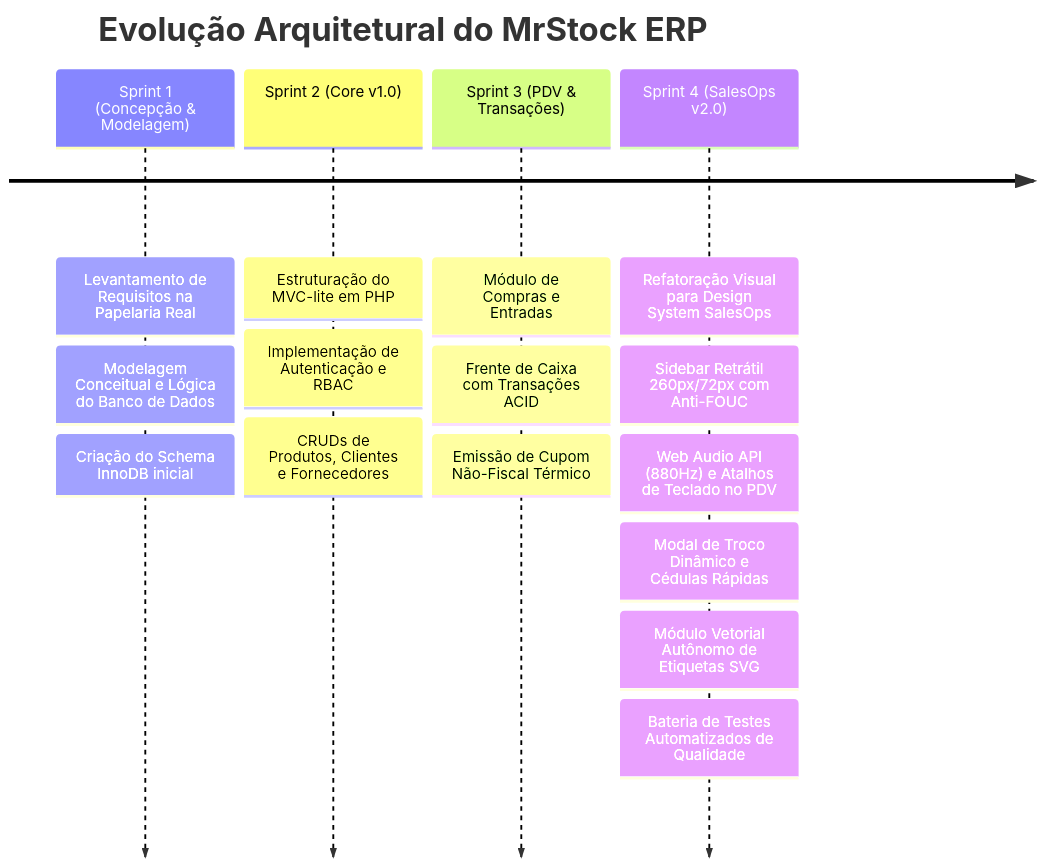
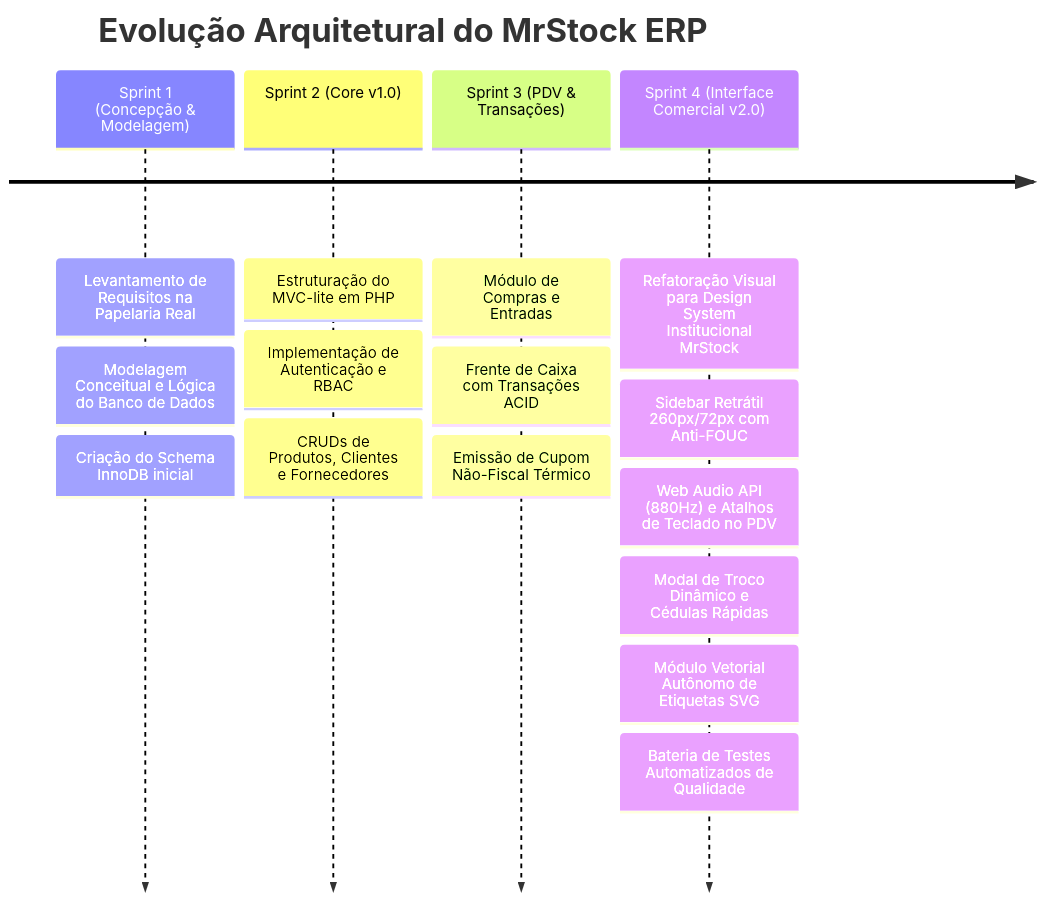
One commit to mrcodingdev/mrstock-erp changed the diagram in docs/diario_de_desenvolvimento.md. Above: the diagram before and after it, drawn with Mermaid. The commit also changed other lines of this file and 38 other files, not shown here.

Commit message:
refactor(geral): adequar papeis da equipe, simplificar linguagem tecnica e padronizar design system

````diff
--- a/docs/diario_de_desenvolvimento.md
+++ b/docs/diario_de_desenvolvimento.md
@@ -9,19 +9,19 @@
 ```mermaid
 timeline
     title Evolução Arquitetural do MrStock ERP
     Sprint 1 (Concepção & Modelagem) : Levantamento de Requisitos na Papelaria Real
                                      : Modelagem Conceitual e Lógica do Banco de Dados
                                      : Criação do Schema InnoDB inicial
     Sprint 2 (Core v1.0)             : Estruturação do MVC-lite em PHP
                                      : Implementação de Autenticação e RBAC
                                      : CRUDs de Produtos, Clientes e Fornecedores
     Sprint 3 (PDV & Transações)      : Módulo de Compras e Entradas
                                      : Frente de Caixa com Transações ACID
                                      : Emissão de Cupom Não-Fiscal Térmico
-    Sprint 4 (SalesOps v2.0)         : Refatoração Visual para Design System SalesOps
+    Sprint 4 (Interface Comercial v2.0) : Refatoração Visual para Design System Institucional MrStock
                                      : Sidebar Retrátil 260px/72px com Anti-FOUC
                                      : Web Audio API (880Hz) e Atalhos de Teclado no PDV
                                      : Modal de Troco Dinâmico e Cédulas Rápidas
                                      : Módulo Vetorial Autônomo de Etiquetas SVG
                                      : Bateria de Testes Automatizados de Qualidade
 ```
````
